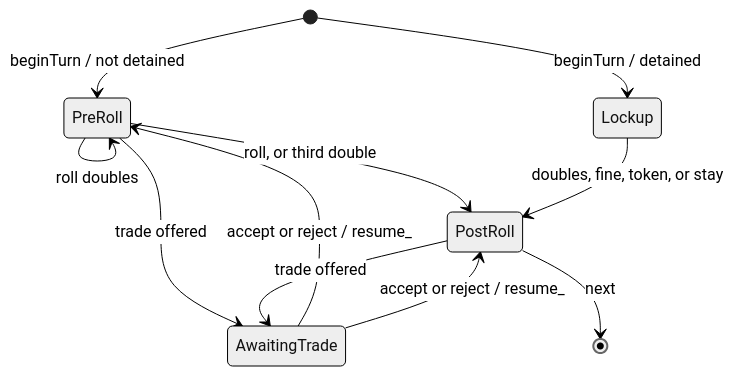
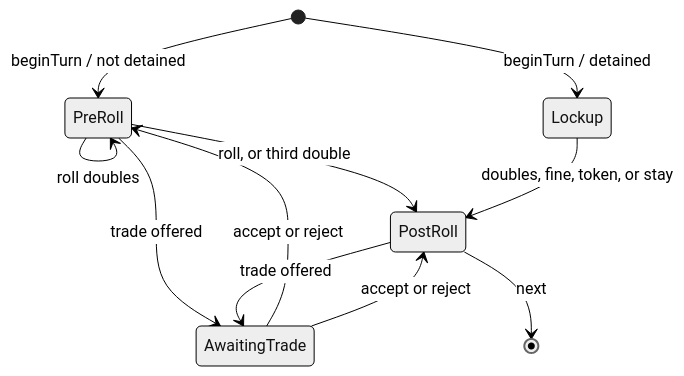
The fourth of 7 diagrams in uml.md (jasmehar-k/hungry-hungry-capitalists), drawn with Mermaid (neutral theme) before and after one commit. The commit also changed other lines of this file and 8 other files, not shown here.

Commit message:
redraw uml per pattern with minimal detail to show each pattern uniqueness

````diff
--- a/uml.md
+++ b/uml.md
@@ -246,13 +198,13 @@
 ```mermaid
 stateDiagram-v2
     [*] --> PreRoll : beginTurn / not detained
     [*] --> Lockup : beginTurn / detained
     PreRoll --> PreRoll : roll doubles
     PreRoll --> PostRoll : roll, or third double
     Lockup --> PostRoll : doubles, fine, token, or stay
     PreRoll --> AwaitingTrade : trade offered
     PostRoll --> AwaitingTrade : trade offered
-    AwaitingTrade --> PreRoll : accept or reject / resume_
-    AwaitingTrade --> PostRoll : accept or reject / resume_
+    AwaitingTrade --> PreRoll : accept or reject
+    AwaitingTrade --> PostRoll : accept or reject
     PostRoll --> [*] : next
 ```
````
